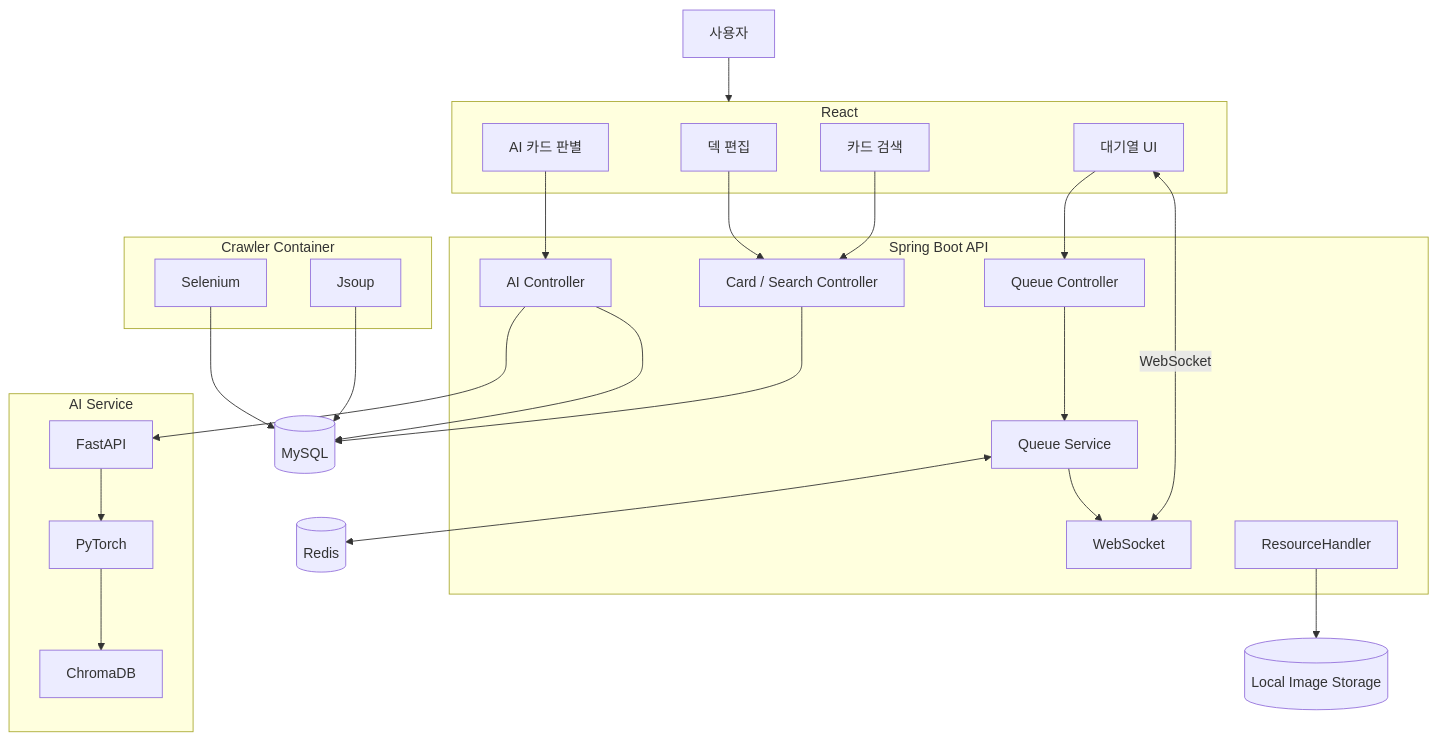
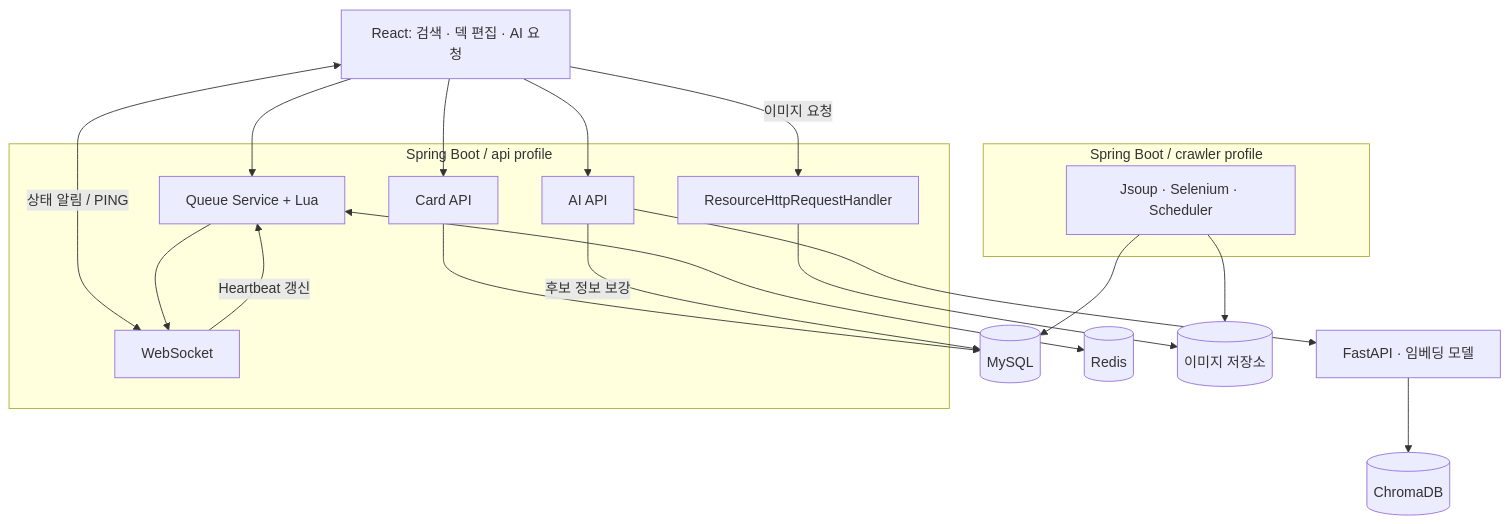
Before and after one commit to asbazq/YuGiOhDeck: the first of 3 diagrams in README.md, drawn with Mermaid. The commit also changed other lines of this file, not shown here.

````diff
--- a/README.md
+++ b/README.md
@@ -106,60 +56,38 @@
 ```mermaid
 flowchart TB
+    Client["React: 검색 · 덱 편집 · AI 요청"]
 
-    User["사용자"]
-
-    subgraph FE["React"]
-        Deck["덱 편집"]
-        Search["카드 검색"]
-        QueueUI["대기열 UI"]
-        AIUI["AI 카드 판별"]
+    subgraph API["Spring Boot / api profile"]
+        CardAPI["Card API"]
+        Queue["Queue Service + Lua"]
+        WS["WebSocket"]
+        AIAPI["AI API"]
+        Static["ResourceHttpRequestHandler"]
     end
 
-    subgraph APP["Spring Boot API"]
-        CardController["Card / Search Controller"]
-        QueueController["Queue Controller"]
-        QueueService["Queue Service"]
-        WS["WebSocket"]
-        AIController["AI Controller"]
-        ResourceHandler["ResourceHandler"]
-    end
-
-    subgraph WORKER["Crawler Container"]
-        Jsoup["Jsoup"]
-        Selenium["Selenium"]
-    end
-
-    subgraph AI["AI Service"]
-        FastAPI["FastAPI"]
-        PyTorch["PyTorch"]
-        Chroma["ChromaDB"]
+    subgraph Crawler["Spring Boot / crawler profile"]
+        Collector["Jsoup · Selenium · Scheduler"]
     end
 
     MySQL[("MySQL")]
     Redis[("Redis")]
-    Images[("Local Image Storage")]
+    Images[("이미지 저장소")]
+    AI["FastAPI · 임베딩 모델"]
+    Chroma[("ChromaDB")]
 
-    User --> FE
-
-    Search --> CardController
-    Deck --> CardController
-    QueueUI --> QueueController
-    QueueUI <-->|WebSocket| WS
-    AIUI --> AIController
-
-    CardController --> MySQL
-
-    QueueController --> QueueService
-    QueueService <--> Redis
-    QueueService --> WS
-
-    AIController --> FastAPI
-    FastAPI --> PyTorch
-    PyTorch --> Chroma
-    AIController --> MySQL
-
-    ResourceHandler --> Images
-
-    Jsoup --> MySQL
-    Selenium --> MySQL
+    Client --> CardAPI
+    Client --> Queue
+    Client <-->|"상태 알림 / PING"| WS
+    Client --> AIAPI
+    Client -->|"이미지 요청"| Static
+    CardAPI --> MySQL
+    Queue <--> Redis
+    Queue --> WS
+    WS -->|"Heartbeat 갱신"| Queue
+    Static --> Images
+    Collector --> MySQL
+    Collector --> Images
+    AIAPI --> AI
+    AI --> Chroma
+    AIAPI -->|"후보 정보 보강"| MySQL
 ```
````
